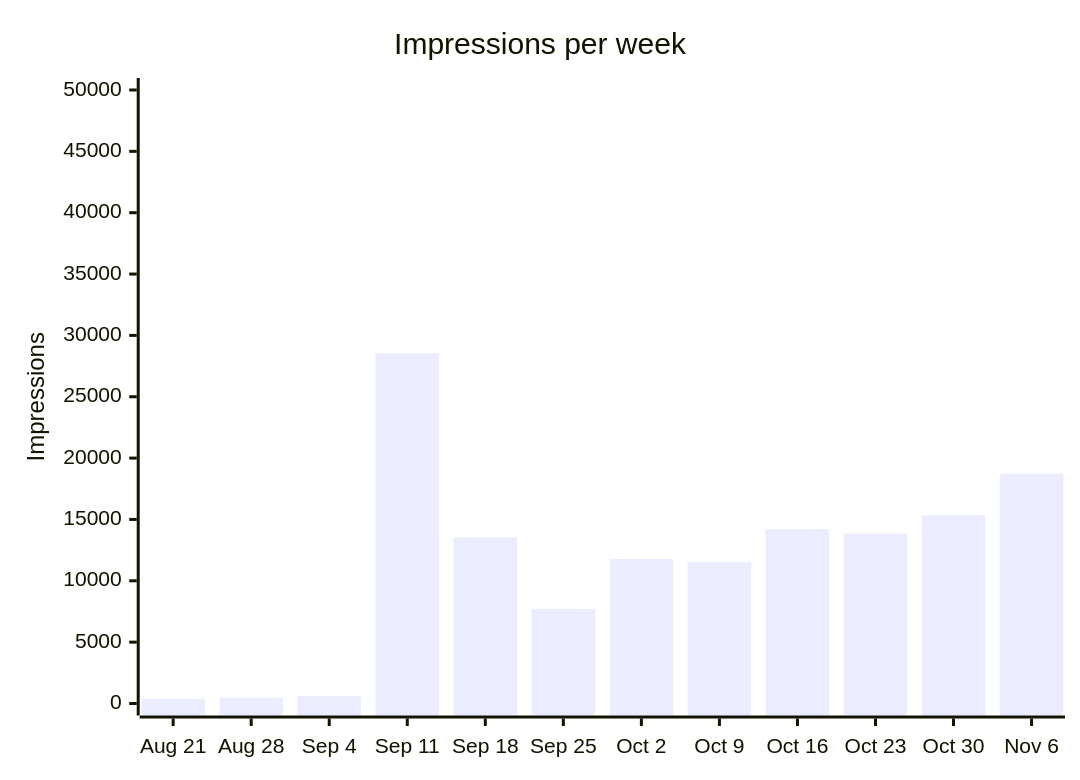
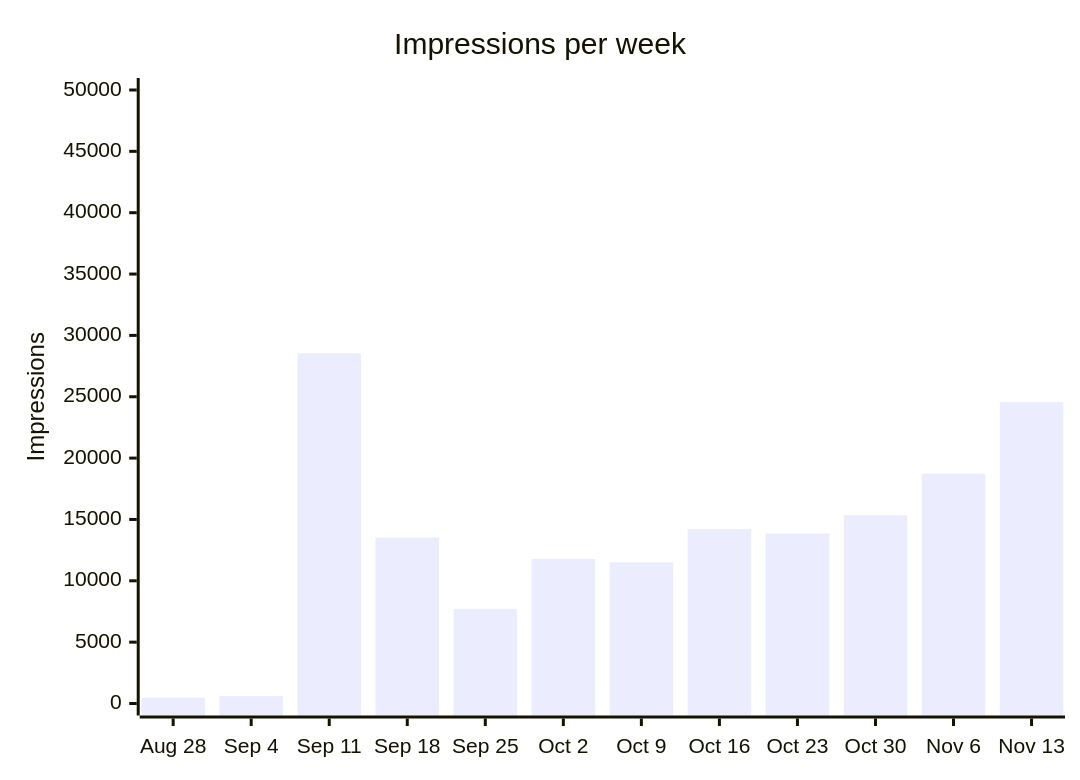
One commit to langx/website changed the second of 13 diagrams in latest.md. Above: the diagram before and after it, drawn with Mermaid. The commit also changed other lines of this file and 2 other files, not shown here.

````diff
--- a/latest.md
+++ b/latest.md
@@ -28,7 +28,7 @@
 ```mermaid
 xychart-beta
   title "Impressions per week"
-  x-axis ["Aug 21", "Aug 28", "Sep 4", "Sep 11", "Sep 18", "Sep 25", "Oct 2", "Oct 9", "Oct 16", "Oct 23", "Oct 30", "Nov 6"]
+  x-axis ["Aug 28", "Sep 4", "Sep 11", "Sep 18", "Sep 25", "Oct 2", "Oct 9", "Oct 16", "Oct 23", "Oct 30", "Nov 6", "Nov 13"]
   y-axis "Impressions" 0 --> 50000
-  bar [392, 474, 601, 28541, 13529, 7711, 11776, 11513, 14211, 13853, 15345, 18736]
+  bar [474, 601, 28541, 13529, 7711, 11776, 11513, 14211, 13853, 15345, 18736, 24559]
 ```
````
